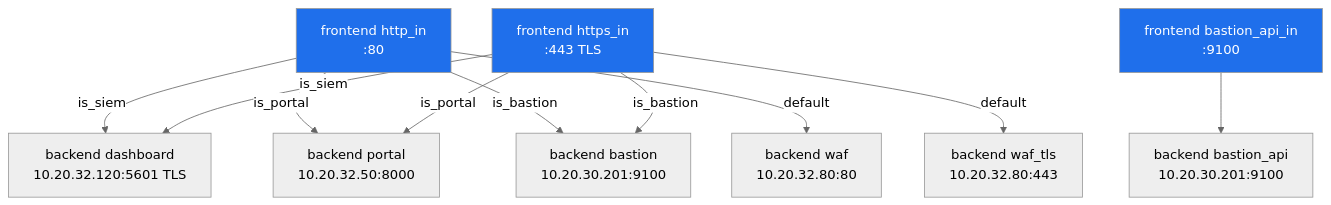
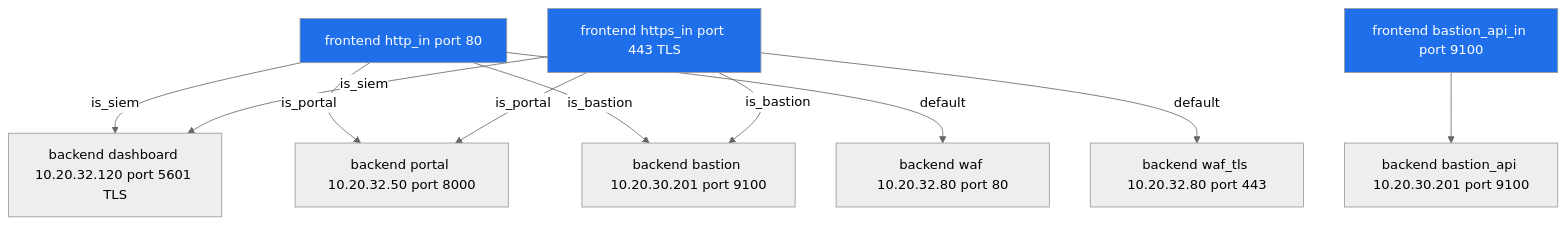
One commit to mrgrit/ccc changed the sixth of 10 diagrams in contents/standalone/lecture/secuops/week01.md. Above: the diagram before and after it, drawn with Mermaid (neutral theme). The commit also changed other lines of this file and 3 other files, not shown here.

First line of the commit message:
fix(ui): mermaid 렌더링 보강 (securityLevel loose + setTimeout) + W01 mermaid syntax + W02 재작성

````diff
--- a/contents/standalone/lecture/secuops/week01.md
+++ b/contents/standalone/lecture/secuops/week01.md
@@ -418,18 +418,18 @@
 ```mermaid
 graph TB
-    FE80[frontend http_in<br/>:80]
-    FE443[frontend https_in<br/>:443 TLS]
-    FE9100[frontend bastion_api_in<br/>:9100]
-    FE80 -->|is_siem| BD[backend dashboard<br/>10.20.32.120:5601 TLS]
-    FE80 -->|is_portal| BP[backend portal<br/>10.20.32.50:8000]
-    FE80 -->|is_bastion| BB[backend bastion<br/>10.20.30.201:9100]
-    FE80 -->|default| BW[backend waf<br/>10.20.32.80:80]
+    FE80["frontend http_in port 80"]
+    FE443["frontend https_in port 443 TLS"]
+    FE9100["frontend bastion_api_in port 9100"]
+    FE80 -->|is_siem| BD["backend dashboard 10.20.32.120 port 5601 TLS"]
+    FE80 -->|is_portal| BP["backend portal 10.20.32.50 port 8000"]
+    FE80 -->|is_bastion| BB["backend bastion 10.20.30.201 port 9100"]
+    FE80 -->|default| BW["backend waf 10.20.32.80 port 80"]
     FE443 -->|is_siem| BD
     FE443 -->|is_portal| BP
     FE443 -->|is_bastion| BB
-    FE443 -->|default| BWT[backend waf_tls<br/>10.20.32.80:443]
-    FE9100 --> BAPI[backend bastion_api<br/>10.20.30.201:9100]
+    FE443 -->|default| BWT["backend waf_tls 10.20.32.80 port 443"]
+    FE9100 --> BAPI["backend bastion_api 10.20.30.201 port 9100"]
     style FE80 fill:#1f6feb,color:#fff
     style FE443 fill:#1f6feb,color:#fff
     style FE9100 fill:#1f6feb,color:#fff
 ```
````
